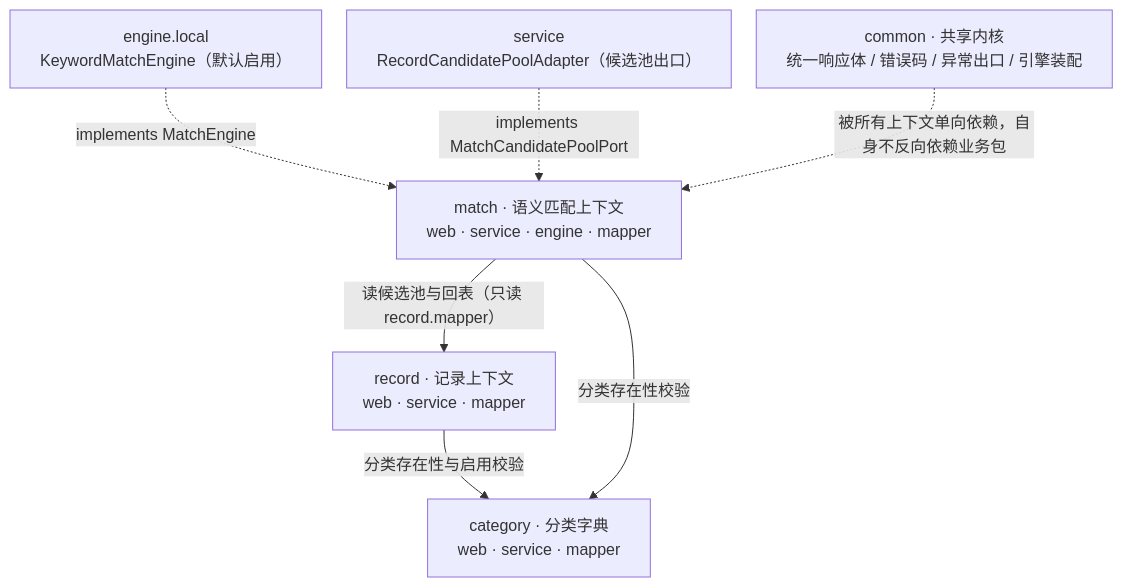
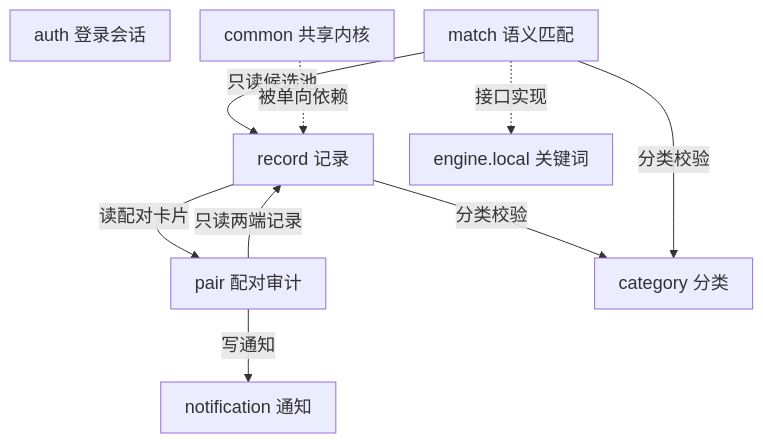
Before and after one commit to BLingKiy/find-it-campus: the diagram in docs/design/diagrams/architecture-modules.mmd, drawn with Mermaid. The commit also changed 58 other files, not shown here.

```diff
--- a/docs/design/diagrams/architecture-modules.mmd
+++ b/docs/design/diagrams/architecture-modules.mmd
@@ -1,19 +1,23 @@
 %% find-it-campus · 后端模块边界与依赖方向（包级视图）
-%% 事实来源：server/src/main/java/com/findit/campus 包结构
-%% 说明：每个能力包内部仍是 web → service → mapper 的分层（见文档 §3.5 的表），
-%%       本图只画上下文边界与跨上下文依赖，避免把类名塞进一张图后看不清。
-%%{init: {"flowchart": {"wrappingWidth": 360, "nodeSpacing": 25, "rankSpacing": 45}}}%%
+%% 事实来源：server/src/main/java/com/findit/campus 包结构（八个能力包 + common）
+%% 说明：每个能力包内部仍是 web → service → mapper 的分层（见 §3.3 的表），
+%%       本图只画上下文边界与跨上下文依赖，不把类名塞进图里
+%%{init: {"flowchart": {"curve": "basis", "nodeSpacing": 30, "rankSpacing": 46, "padding": 12}, "themeVariables": {"fontSize": "18px"}}}%%
 flowchart TB
-  MATCH["match · 语义匹配上下文<br/>web · service · engine · mapper"]
-  LOCAL["engine.local<br/>KeywordMatchEngine（默认启用）"]
-  ADAPTER["service<br/>RecordCandidatePoolAdapter（候选池出口）"]
-  REC["record · 记录上下文<br/>web · service · mapper"]
-  CAT["category · 分类字典<br/>web · service · mapper"]
-  COMMON["common · 共享内核<br/>统一响应体 / 错误码 / 异常出口 / 引擎装配"]
+  AUTH["auth 登录会话"]
+  REC["record 记录"]
+  PAIR["pair 配对审计"]
+  NOTI["notification 通知"]
+  MATCH["match 语义匹配"]
+  CAT["category 分类"]
+  ENGINE["engine.local 关键词"]
+  COMMON["common 共享内核"]
 
-  LOCAL -. "implements MatchEngine" .-> MATCH
-  ADAPTER -. "implements MatchCandidatePoolPort" .-> MATCH
-  MATCH -->|"读候选池与回表（只读 record.mapper）"| REC
-  REC -->|"分类存在性与启用校验"| CAT
-  MATCH -->|"分类存在性校验"| CAT
-  COMMON -. "被所有上下文单向依赖，自身不反向依赖业务包" .-> MATCH
+  REC -->|"分类校验"| CAT
+  MATCH -->|"只读候选池"| REC
+  MATCH -->|"分类校验"| CAT
+  PAIR -->|"只读两端记录"| REC
+  REC -->|"读配对卡片"| PAIR
+  PAIR -->|"写通知"| NOTI
+  MATCH -.->|"接口实现"| ENGINE
+  COMMON -.->|"被单向依赖"| REC
```
